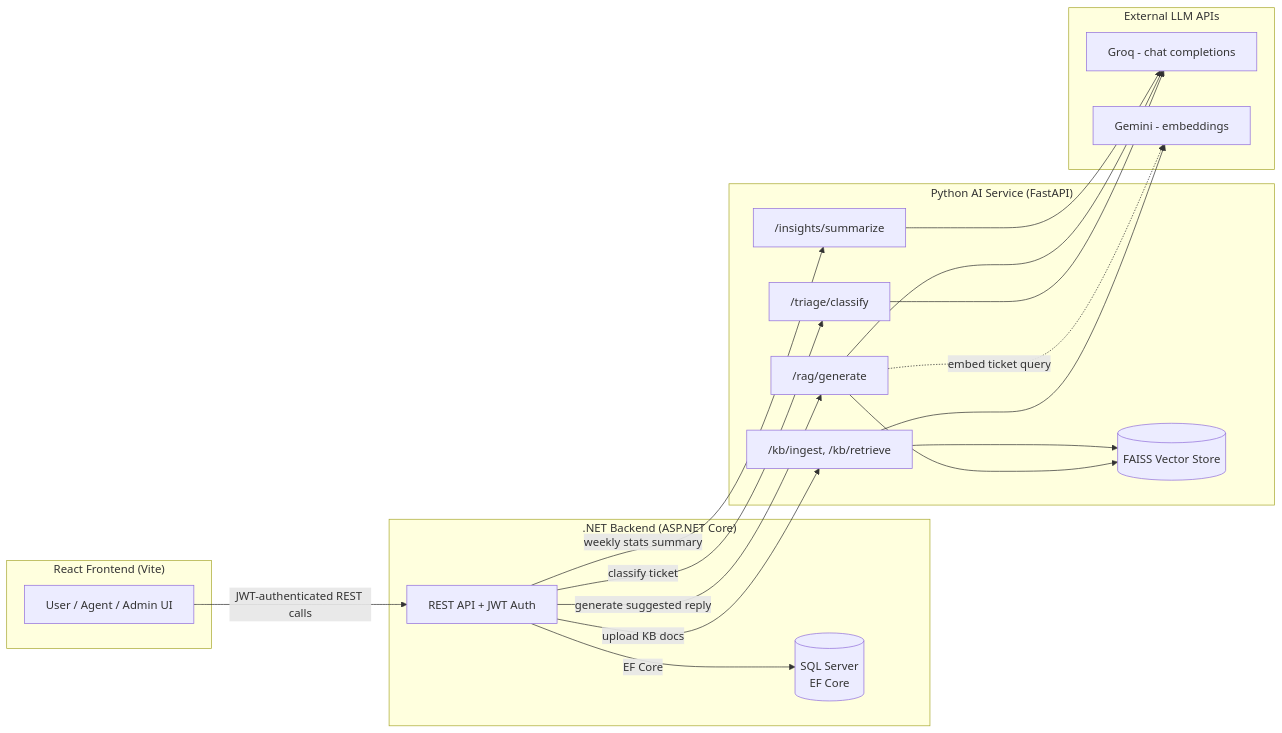
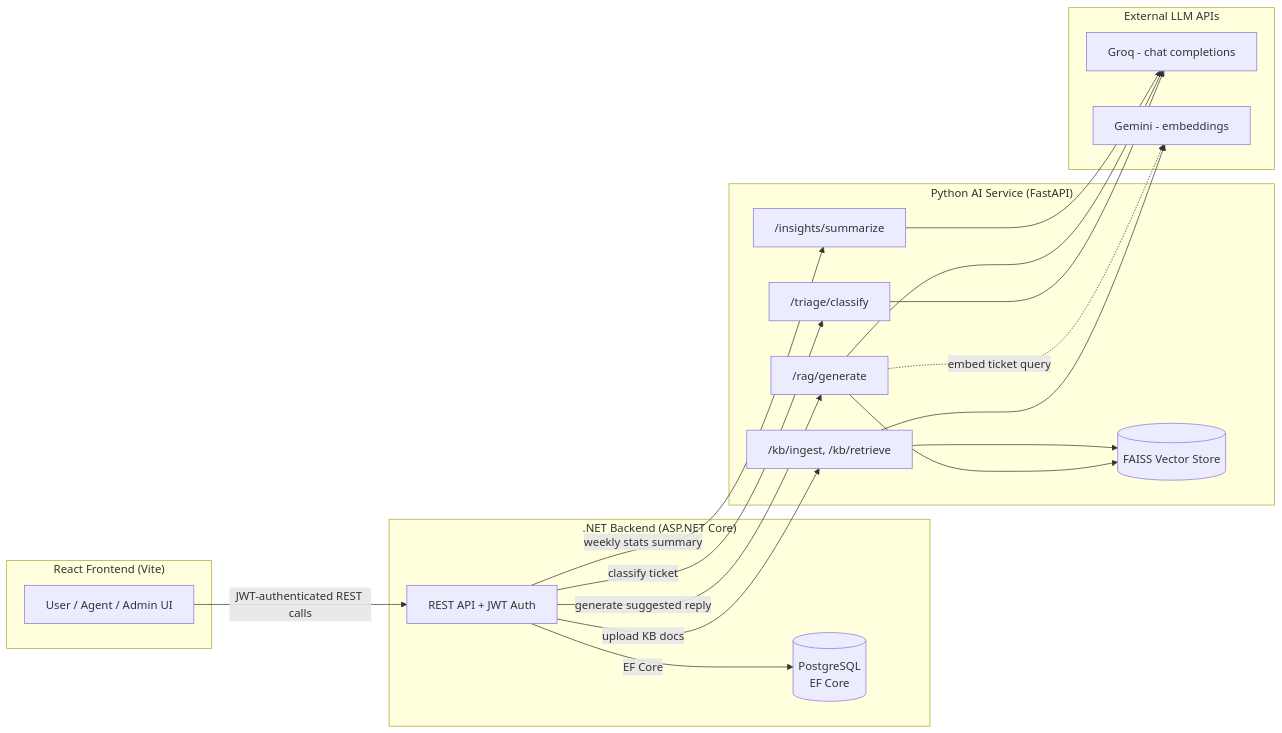
One commit to abhinavanand1608/support-ticket-RAG changed the first of 2 diagrams in README.md. Above: the diagram before and after it, drawn with Mermaid. The commit also changed other lines of this file and 20 other files, not shown here.

First line of the commit message:
Switch database from SQL Server to PostgreSQL for deployment

````diff
--- a/README.md
+++ b/README.md
@@ -23,39 +23,39 @@
 ```mermaid
 flowchart LR
     subgraph Frontend["React Frontend (Vite)"]
         UI[User / Agent / Admin UI]
     end
 
     subgraph Backend[".NET Backend (ASP.NET Core)"]
         API[REST API + JWT Auth]
-        DB[(SQL Server<br/>EF Core)]
+        DB[(PostgreSQL<br/>EF Core)]
     end
 
     subgraph AI["Python AI Service (FastAPI)"]
         Triage["/triage/classify"]
         KB["/kb/ingest, /kb/retrieve"]
         RAG["/rag/generate"]
         Insights["/insights/summarize"]
         Vec[(FAISS Vector Store)]
     end
 
     subgraph External["External LLM APIs"]
         Groq[Groq - chat completions]
         Gemini[Gemini - embeddings]
     end
 
     UI -- "JWT-authenticated REST calls" --> API
     API -- EF Core --> DB
     API -- "classify ticket" --> Triage
     API -- "upload KB docs" --> KB
     API -- "generate suggested reply" --> RAG
     API -- "weekly stats summary" --> Insights
 
     Triage --> Groq
     RAG --> Groq
     RAG --> Vec
     Insights --> Groq
     KB --> Vec
     KB --> Gemini
     RAG -. "embed ticket query" .-> Gemini
 ```
````
